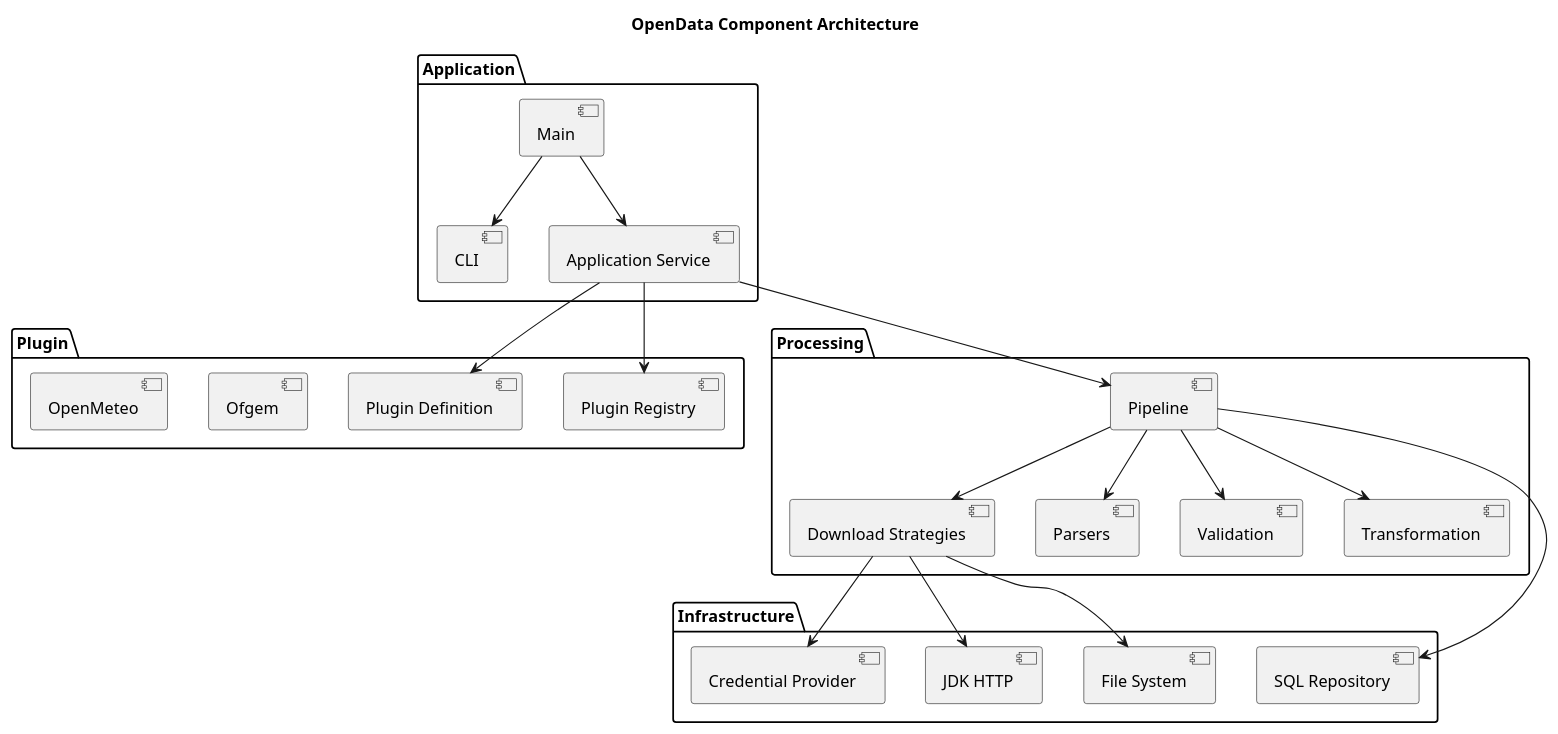
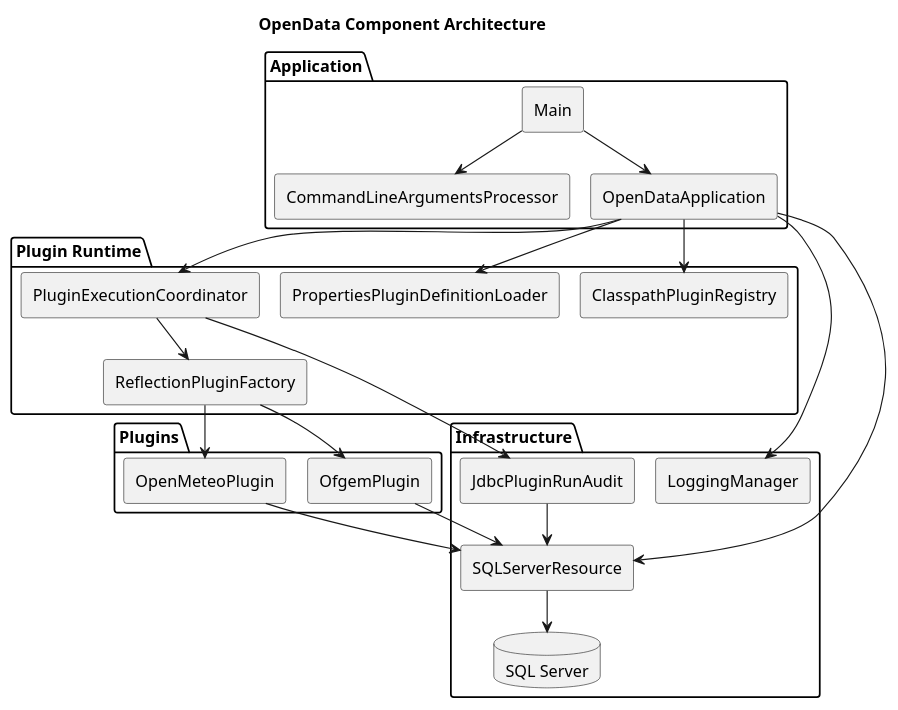
Before and after one commit to TerryCurranZellis/OpenData: the diagram in docs/diagrams/source/component-architecture.puml, drawn with PlantUML. The commit also changed 292 other files, not shown here.

```diff
--- a/docs/diagrams/source/component-architecture.puml
+++ b/docs/diagrams/source/component-architecture.puml
@@ -1,40 +1,46 @@
 @startuml
+!pragma layout smetana
 title OpenData Component Architecture
-package Application {
-  [Main]
-  [CLI]
-  [Application Service]
+skinparam componentStyle rectangle
+
+package "Application" {
+  [Main] as Main
+  [CommandLineArgumentsProcessor] as CLI
+  [OpenDataApplication] as AppService
 }
-package Plugin {
-  [Plugin Registry]
-  [Plugin Definition]
-  [Ofgem]
-  [OpenMeteo]
+
+package "Plugin Runtime" {
+  [ClasspathPluginRegistry] as Registry
+  [PropertiesPluginDefinitionLoader] as Definitions
+  [ReflectionPluginFactory] as Factory
+  [PluginExecutionCoordinator] as Coordinator
 }
-package Processing {
-  [Pipeline]
-  [Download Strategies]
-  [Parsers]
-  [Validation]
-  [Transformation]
+
+package "Plugins" {
+  [OfgemPlugin] as Ofgem
+  [OpenMeteoPlugin] as Meteo
 }
-package Infrastructure {
-  [File System]
-  [JDK HTTP]
-  [SQL Repository]
-  [Credential Provider]
+
+package "Infrastructure" {
+  [LoggingManager] as Logging
+  [JdbcPluginRunAudit] as Audit
+  [SQLServerResource] as Pool
+  database "SQL Server" as Database
 }
-[Main] --> [CLI]
-[Main] --> [Application Service]
-[Application Service] --> [Plugin Registry]
-[Application Service] --> [Plugin Definition]
-[Application Service] --> [Pipeline]
-[Pipeline] --> [Download Strategies]
-[Pipeline] --> [Parsers]
-[Pipeline] --> [Validation]
-[Pipeline] --> [Transformation]
-[Download Strategies] --> [JDK HTTP]
-[Download Strategies] --> [File System]
-[Pipeline] --> [SQL Repository]
-[Download Strategies] --> [Credential Provider]
+
+Main --> CLI
+Main --> AppService
+AppService --> Registry
+AppService --> Definitions
+AppService --> Coordinator
+Coordinator --> Factory
+Factory --> Ofgem
+Factory --> Meteo
+AppService --> Logging
+Coordinator --> Audit
+AppService --> Pool
+Audit --> Pool
+Ofgem --> Pool
+Meteo --> Pool
+Pool --> Database
 @enduml
```
